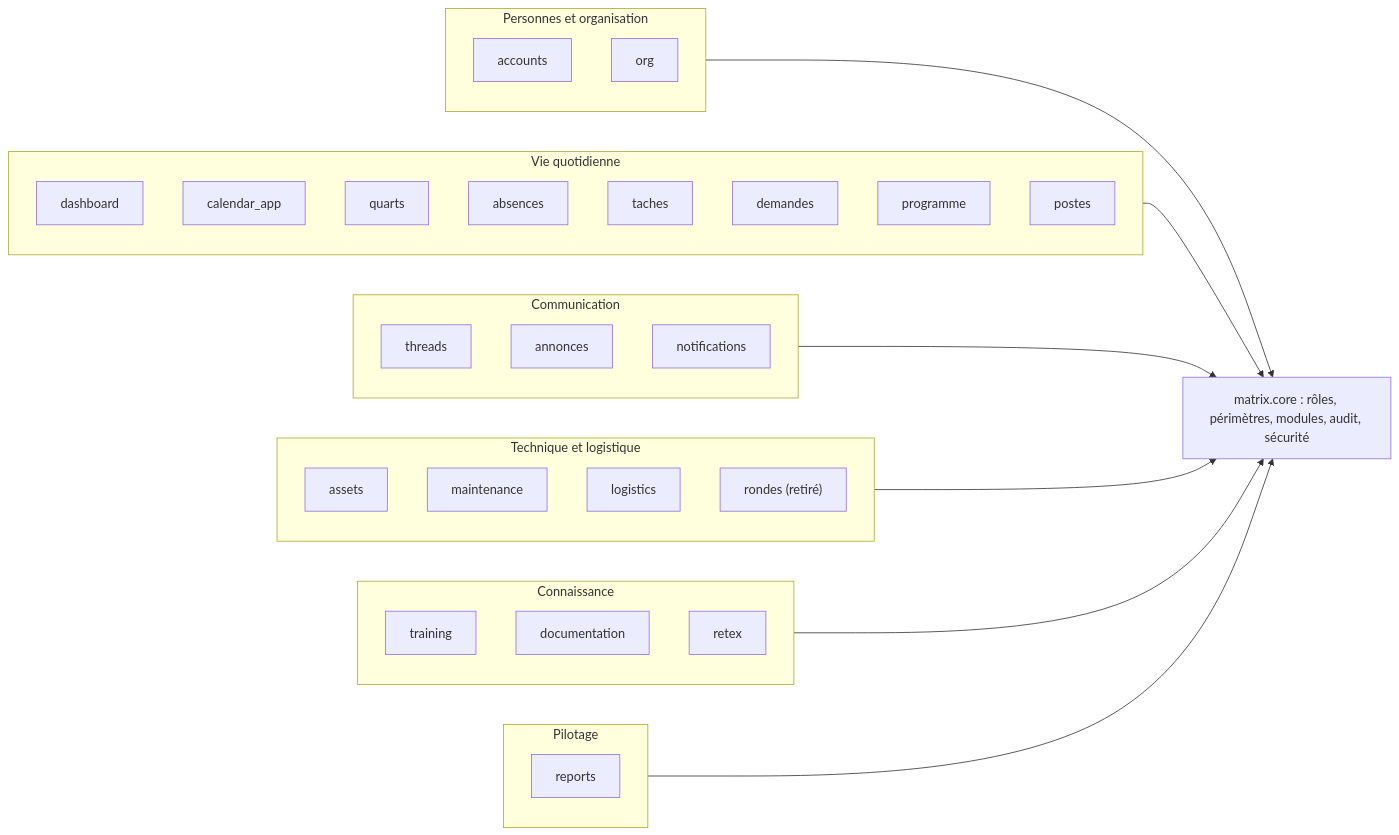
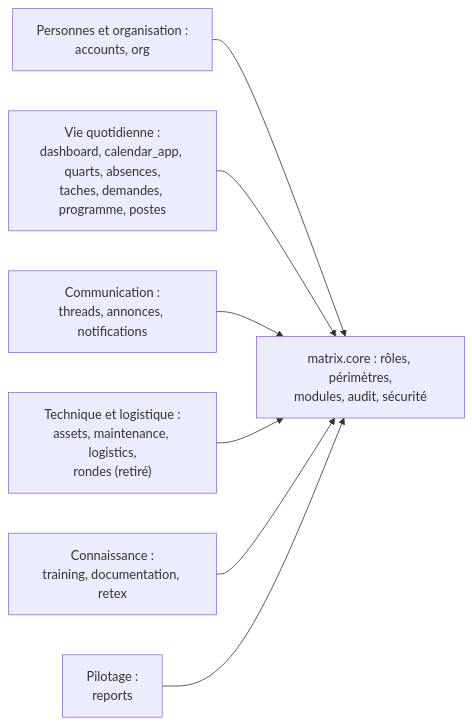
The diagram in docs/dossier-technique/schemas/src/S02_carte_modules.mmd (Mattrix2211/Matrix), drawn with Mermaid before and after one commit. The commit also changed 54 other files, not shown here.

```diff
--- a/docs/dossier-technique/schemas/src/S02_carte_modules.mmd
+++ b/docs/dossier-technique/schemas/src/S02_carte_modules.mmd
@@ -1,47 +1,14 @@
 flowchart LR
-  subgraph PERS["Personnes et organisation"]
-    direction TB
-    accounts
-    org
-  end
-  subgraph VIE["Vie quotidienne"]
-    direction TB
-    dashboard
-    calendar_app
-    quarts
-    absences
-    taches
-    demandes
-    programme
-    postes
-  end
-  subgraph COM["Communication"]
-    direction TB
-    threads
-    annonces
-    notifications
-  end
-  subgraph TECH["Technique et logistique"]
-    direction TB
-    assets
-    maintenance
-    logistics
-    rondes["rondes (retiré)"]
-  end
-  subgraph SAV["Connaissance"]
-    direction TB
-    training
-    documentation
-    retex
-  end
-  subgraph PIL["Pilotage"]
-    direction TB
-    reports
-  end
-  CORE["matrix.core : rôles, périmètres, modules, audit, sécurité"]
+  PERS["Personnes et organisation :<br/>accounts, org"]
+  VIE["Vie quotidienne :<br/>dashboard, calendar_app, quarts, absences,<br/>taches, demandes, programme, postes"]
+  COM["Communication :<br/>threads, annonces, notifications"]
+  TECH["Technique et logistique :<br/>assets, maintenance, logistics,<br/>rondes (retiré)"]
+  SAV["Connaissance :<br/>training, documentation, retex"]
+  PIL["Pilotage :<br/>reports"]
+  CORE["matrix.core : rôles, périmètres,<br/>modules, audit, sécurité"]
   PERS --> CORE
   VIE --> CORE
   COM --> CORE
   TECH --> CORE
   SAV --> CORE
   PIL --> CORE
```
